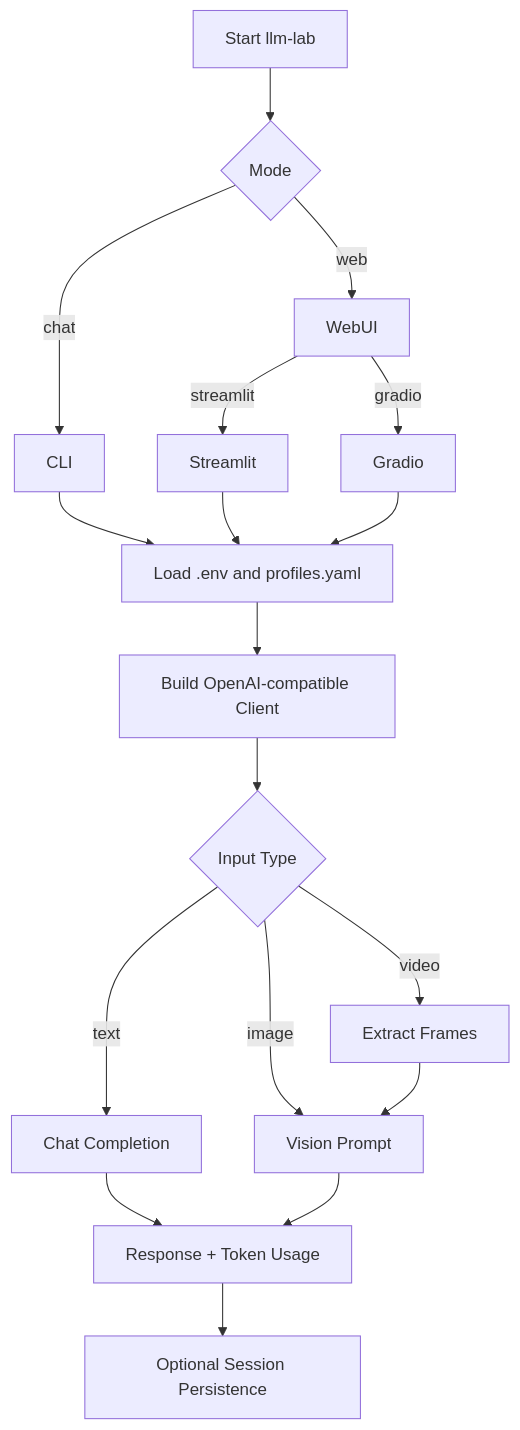
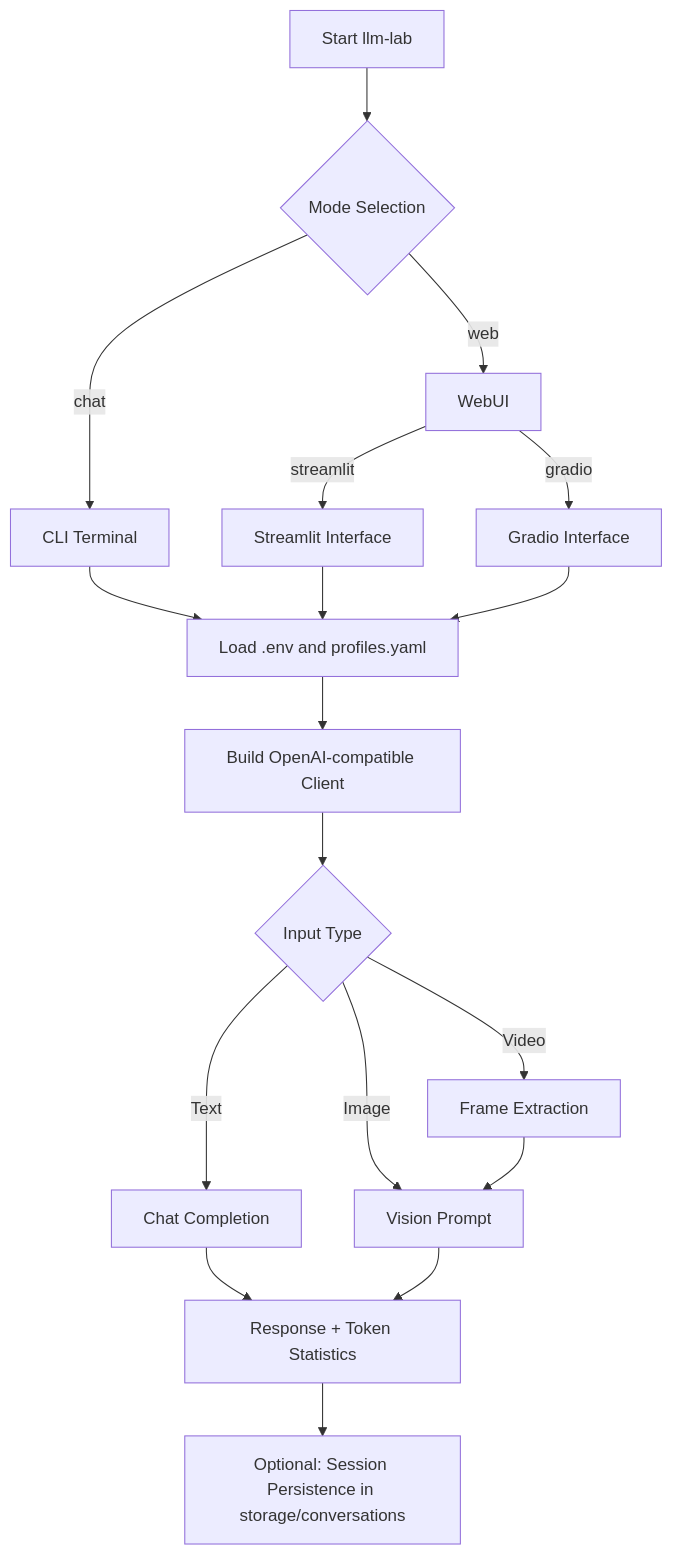
One commit to BrenchCC/LLM_Lab changed the diagram in README_EN.md. Above: the diagram before and after it, drawn with Mermaid. The commit also changed other lines of this file and 5 other files, not shown here.

````diff
--- a/README_EN.md
+++ b/README_EN.md
@@ -21,20 +41,20 @@
 ```mermaid
 flowchart TD
-    A[Start llm-lab] --> B{Mode}
-    B -->|chat| C[CLI]
+    A[Start llm-lab] --> B{Mode Selection}
+    B -->|chat| C[CLI Terminal]
     B -->|web| D[WebUI]
-    D -->|streamlit| E[Streamlit]
-    D -->|gradio| F[Gradio]
+    D -->|streamlit| E[Streamlit Interface]
+    D -->|gradio| F[Gradio Interface]
     C --> G[Load .env and profiles.yaml]
     E --> G
     F --> G
     G --> H[Build OpenAI-compatible Client]
     H --> I{Input Type}
-    I -->|text| J[Chat Completion]
-    I -->|image| K[Vision Prompt]
-    I -->|video| L[Extract Frames]
+    I -->|Text| J[Chat Completion]
+    I -->|Image| K[Vision Prompt]
+    I -->|Video| L[Frame Extraction]
     L --> K
-    J --> M[Response + Token Usage]
+    J --> M[Response + Token Statistics]
     K --> M
-    M --> N[Optional Session Persistence]
+    M --> N[Optional: Session Persistence in storage/conversations]
 ```
````
